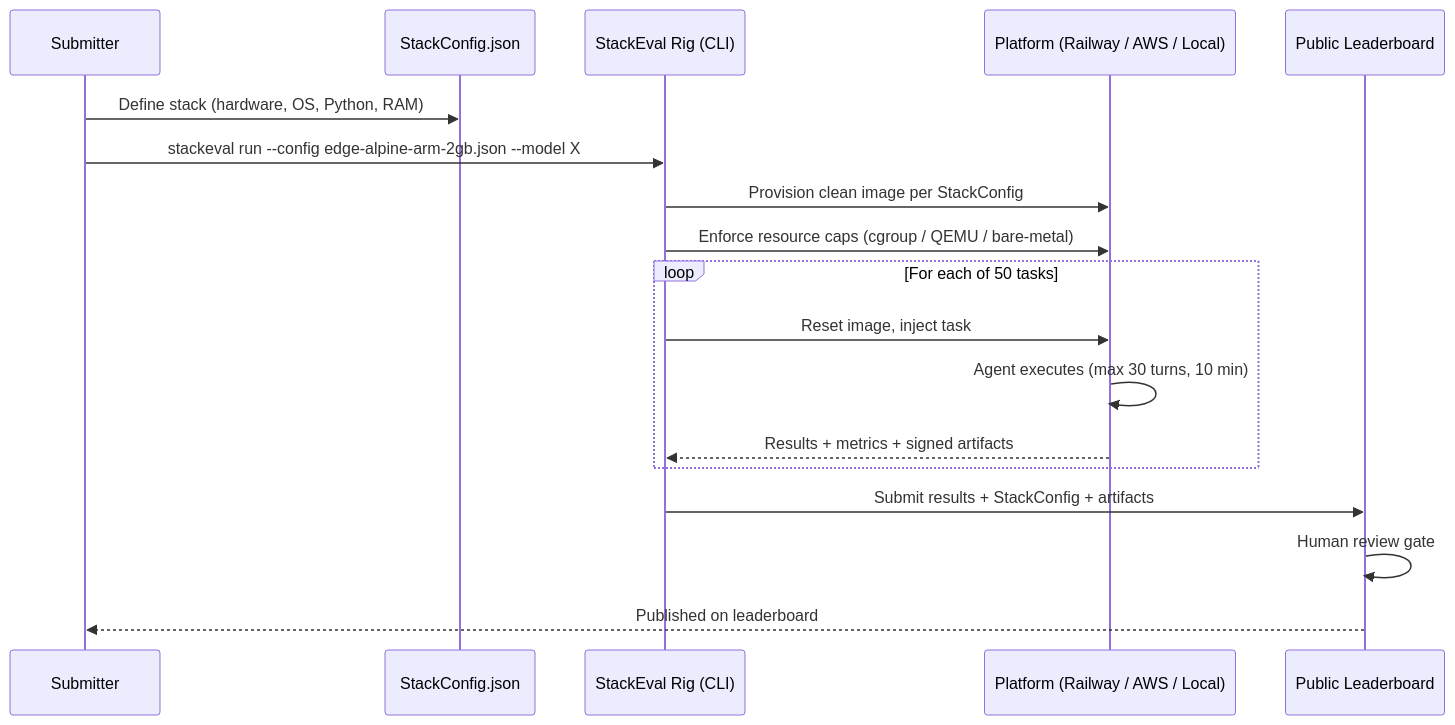
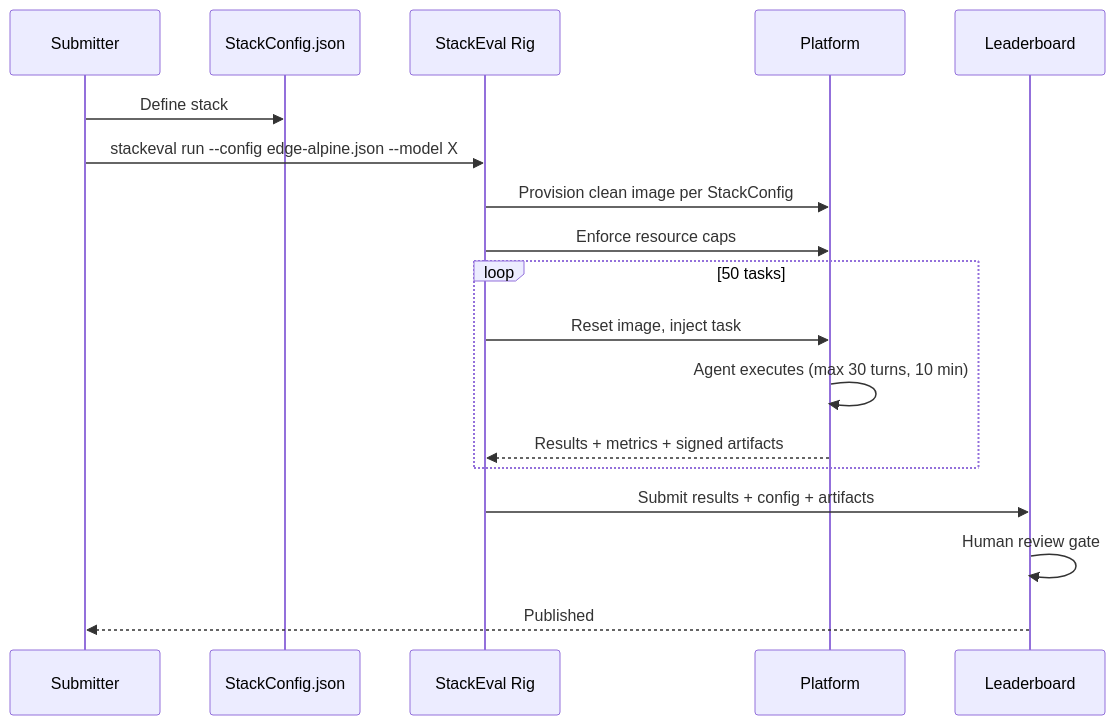
Before and after one commit to realityinspector/stack-eval: the fourth of 4 diagrams in README.md, drawn with Mermaid. The commit also changed other lines of this file, not shown here.

First line of the commit message:
Revise README for StackEval v0.5 updates

````diff
--- a/README.md
+++ b/README.md
@@ -242,21 +247,21 @@
 ```mermaid
 sequenceDiagram
     participant Dev as Submitter
     participant SC as StackConfig.json
-    participant Rig as StackEval Rig (CLI)
-    participant Env as Platform (Railway / AWS / Local)
-    participant LB as Public Leaderboard
+    participant Rig as StackEval Rig
+    participant Env as Platform
+    participant LB as Leaderboard
 
-    Dev->>SC: Define stack (hardware, OS, Python, RAM)
-    Dev->>Rig: stackeval run --config edge-alpine-arm-2gb.json --model X
+    Dev->>SC: Define stack
+    Dev->>Rig: stackeval run --config edge-alpine.json --model X
     Rig->>Env: Provision clean image per StackConfig
-    Rig->>Env: Enforce resource caps (cgroup / QEMU / bare-metal)
-    loop For each of 50 tasks
+    Rig->>Env: Enforce resource caps
+    loop 50 tasks
         Rig->>Env: Reset image, inject task
         Env->>Env: Agent executes (max 30 turns, 10 min)
         Env-->>Rig: Results + metrics + signed artifacts
     end
-    Rig->>LB: Submit results + StackConfig + artifacts
+    Rig->>LB: Submit results + config + artifacts
     LB->>LB: Human review gate
-    LB-->>Dev: Published on leaderboard
+    LB-->>Dev: Published
 ```
````
